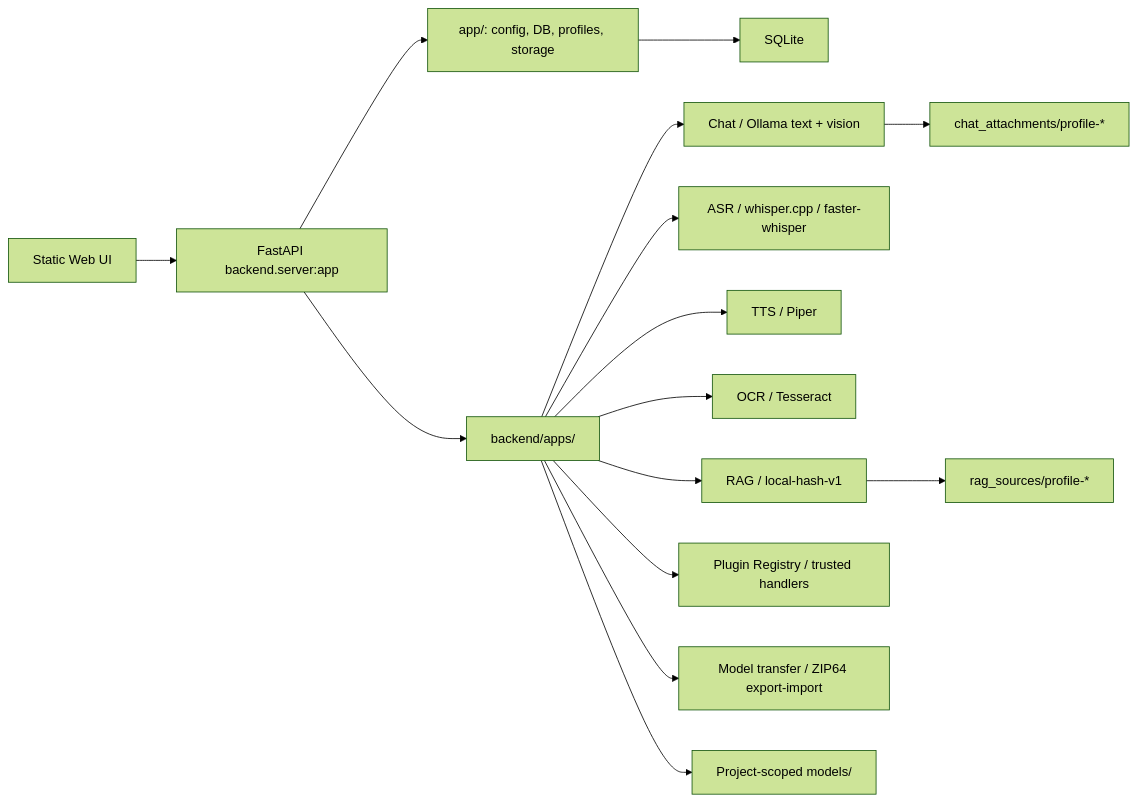
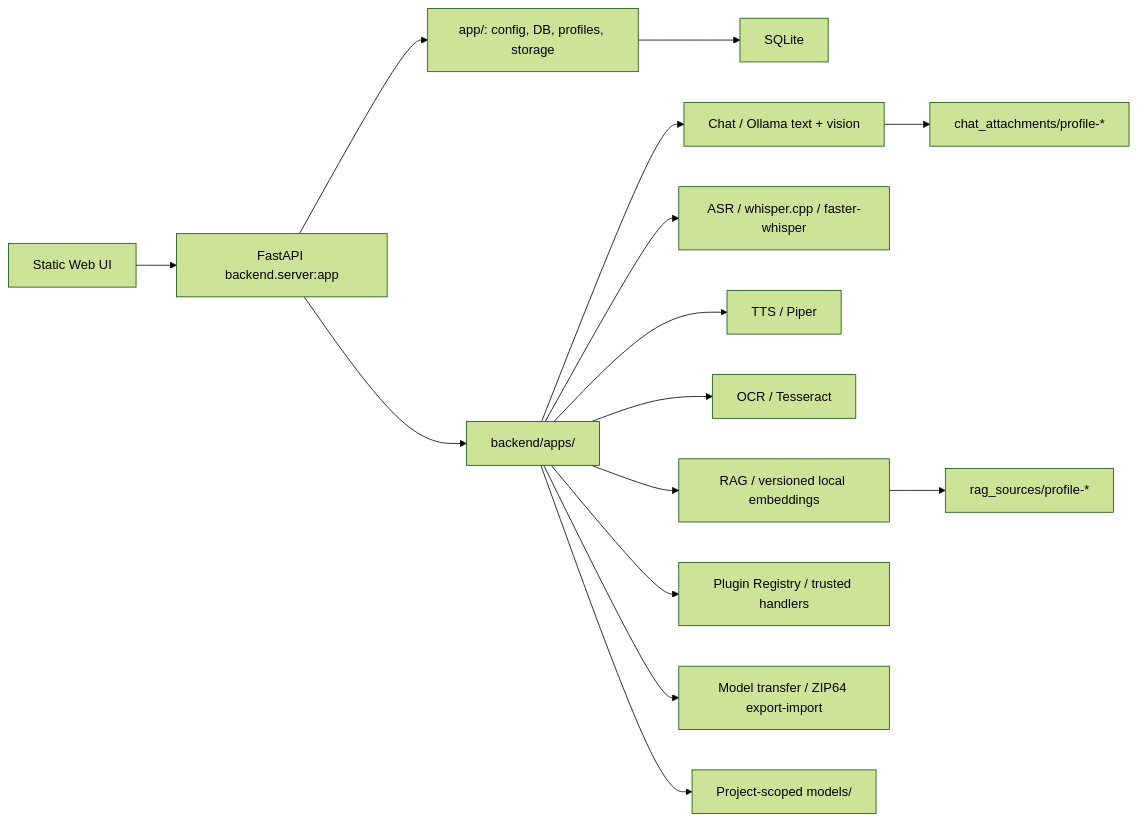
The diagram in docs/ARCHITECTURE.md (Oleksandrnie/LocalGPT), drawn with Mermaid (forest theme) before and after one commit. The commit also changed 6 other files, not shown here.

````diff
--- a/docs/ARCHITECTURE.md
+++ b/docs/ARCHITECTURE.md
@@ -7,17 +7,17 @@
 ```mermaid
 flowchart LR
     Browser["Static Web UI"] --> API["FastAPI backend.server:app"]
     API --> Shared["app/: config, DB, profiles, storage"]
     API --> Apps["backend/apps/"]
     Apps --> Chat["Chat / Ollama text + vision"]
     Apps --> ASR["ASR / whisper.cpp / faster-whisper"]
     Apps --> TTS["TTS / Piper"]
     Apps --> OCR["OCR / Tesseract"]
-    Apps --> RAG["RAG / local-hash-v1"]
+    Apps --> RAG["RAG / versioned local embeddings"]
     Apps --> Plugins["Plugin Registry / trusted handlers"]
     Apps --> Transfer["Model transfer / ZIP64 export-import"]
     Shared --> SQLite["SQLite"]
     Apps --> Models["Project-scoped models/"]
     Chat --> Attachments["chat_attachments/profile-*"]
     RAG --> Sources["rag_sources/profile-*"]
 ```
````
